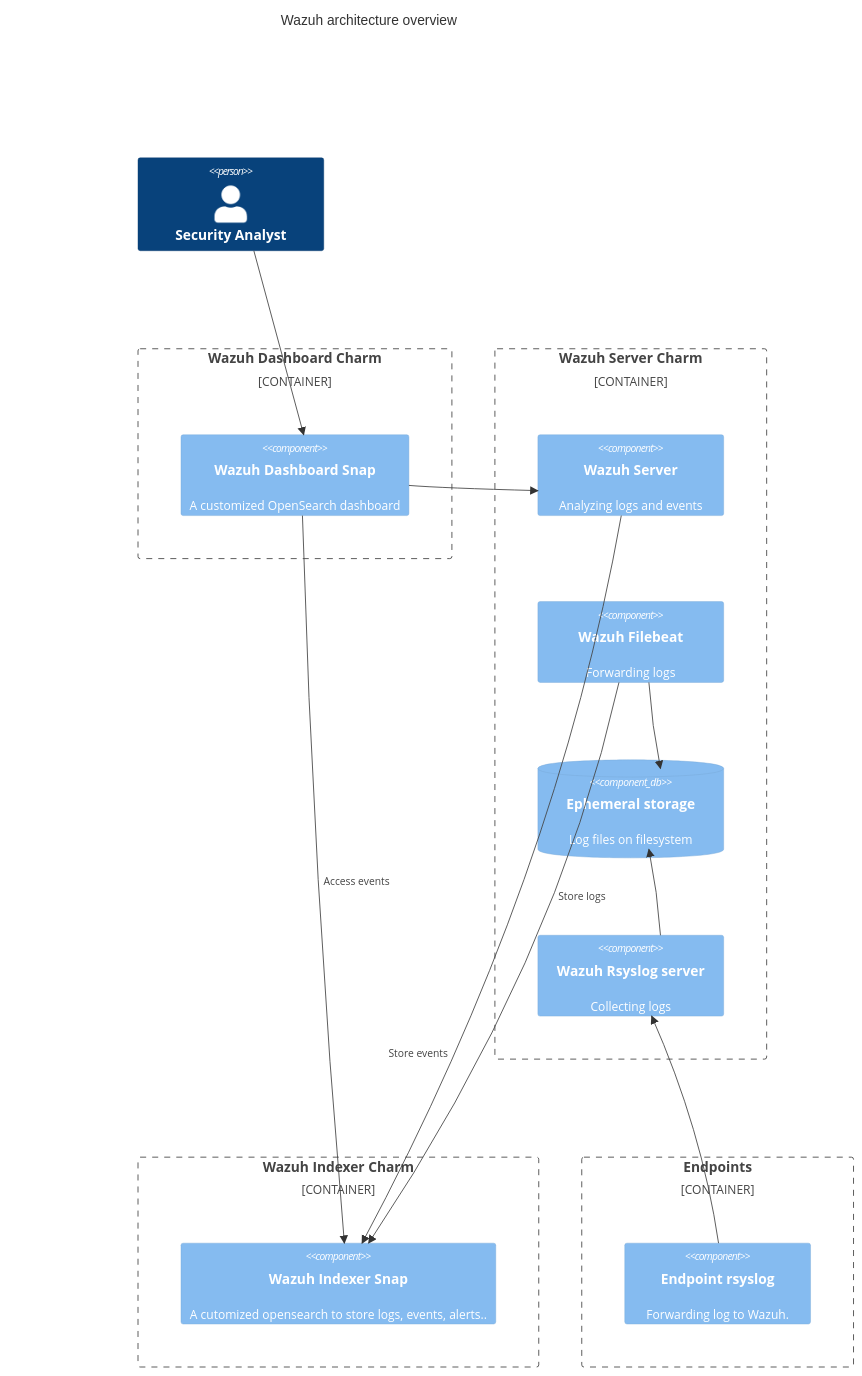
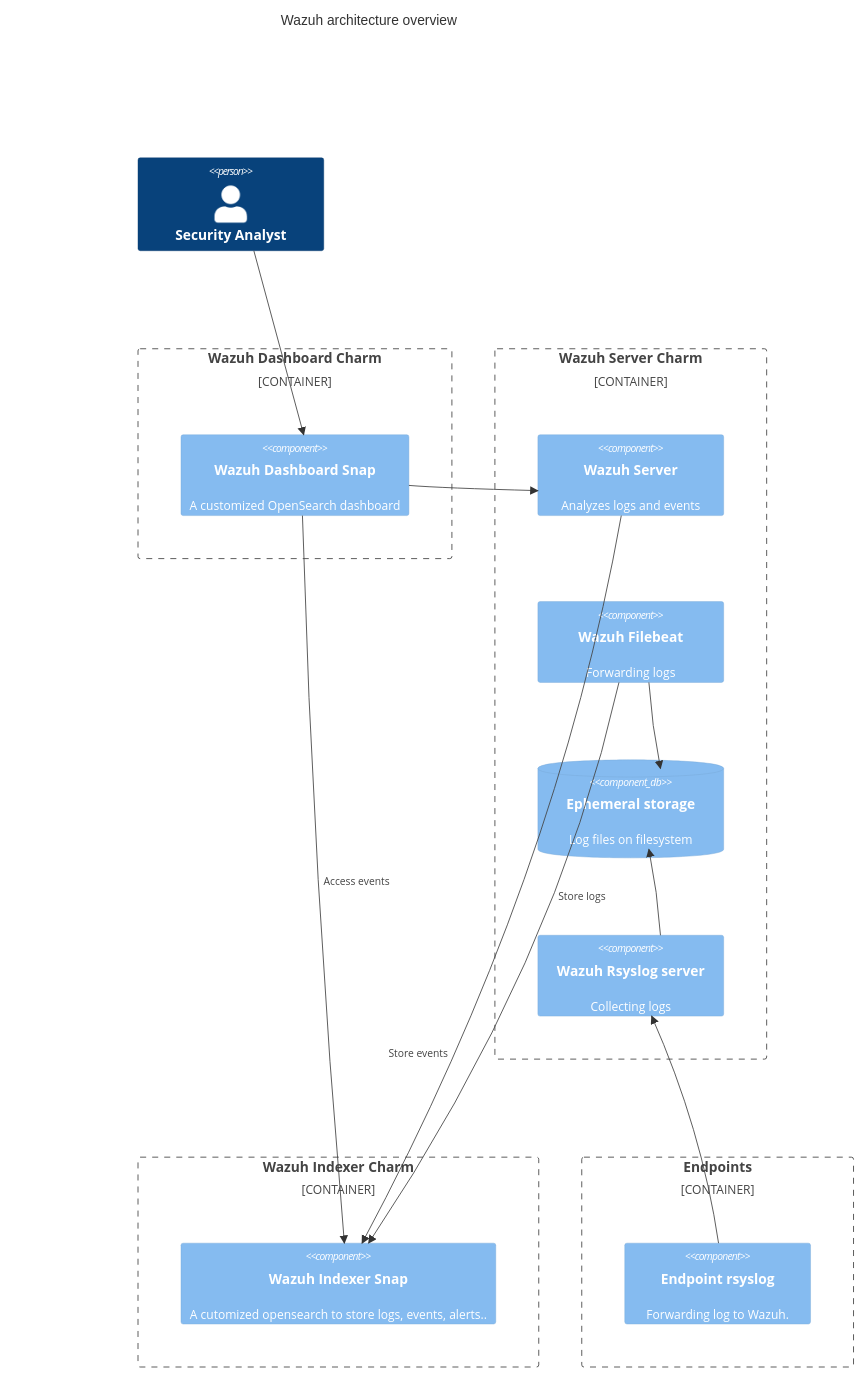
The diagram in docs/explanation/architecture-overview.md (canonical/wazuh-server-operator), drawn with Mermaid before and after one commit.

````diff
--- a/docs/explanation/architecture-overview.md
+++ b/docs/explanation/architecture-overview.md
@@ -8,42 +8,42 @@
 ```mermaid
 C4Context
 title Wazuh architecture overview
 
 Person(security-analyst, "Security Analyst", "")
 Rel(security-analyst, wazuh-dashboard, "")
 
 Container_Boundary(wazuh-dashboard, "Wazuh Dashboard Charm") {
     Component(wazuh-dashboard, "Wazuh Dashboard Snap", "","A customized OpenSearch dashboard")
 }
 
 
 Container_Boundary(synapse, "Wazuh Server Charm") {
-  Component(wazuh-server, "Wazuh Server", "", "Analyzing logs and events")
+  Component(wazuh-server, "Wazuh Server", "", "Analyzes logs and events")
   Component(wazuh-filebeat, "Wazuh Filebeat", "", "Forwarding logs")
   ComponentDb(filesystem, "Ephemeral storage", "", "Log files on filesystem")
   Component(wazuh-rsyslog, "Wazuh Rsyslog server", "", "Collecting logs")
   Rel(wazuh-rsyslog, filesystem,"")
   Rel(wazuh-filebeat, filesystem,"")
 }
 Rel(wazuh-filebeat, wazuh-indexer,"Store logs")
 
 Container_Boundary(wazuh-indexer, "Wazuh Indexer Charm") {
     Component(wazuh-indexer, "Wazuh Indexer Snap", "","A cutomized opensearch to store logs, events, alerts..")
 }
 
 
 Container_Boundary(endpoints, "Endpoints") {
     Component(endpoint-rsyslog, "Endpoint rsyslog", "","Forwarding log to Wazuh.")
 }
 
 
 Rel(wazuh-server, wazuh-indexer, "Store events")
 Rel(wazuh-dashboard, wazuh-indexer, "Access events")
 Rel(wazuh-dashboard, wazuh-server, "")
 Rel(endpoint-rsyslog, wazuh-rsyslog, "")
 
 UpdateRelStyle(wazuh-server, wazuh-indexer, $offsetX="-120", $offsetY="200")
 UpdateRelStyle(wazuh-filebeat, wazuh-indexer, $offsetX="75", $offsetY="-80")
 
 UpdateLayoutConfig($c4ShapeInRow="2", $c4BoundaryInRow="2")
 ```
````
